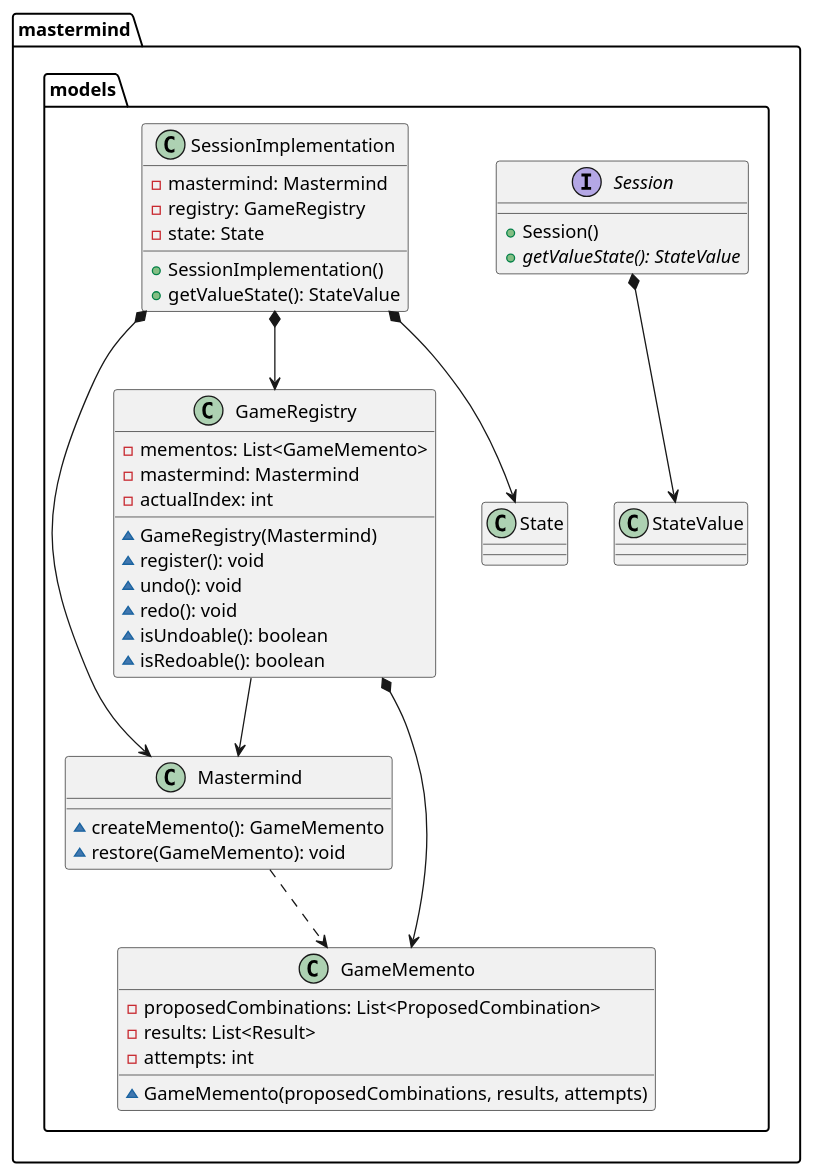
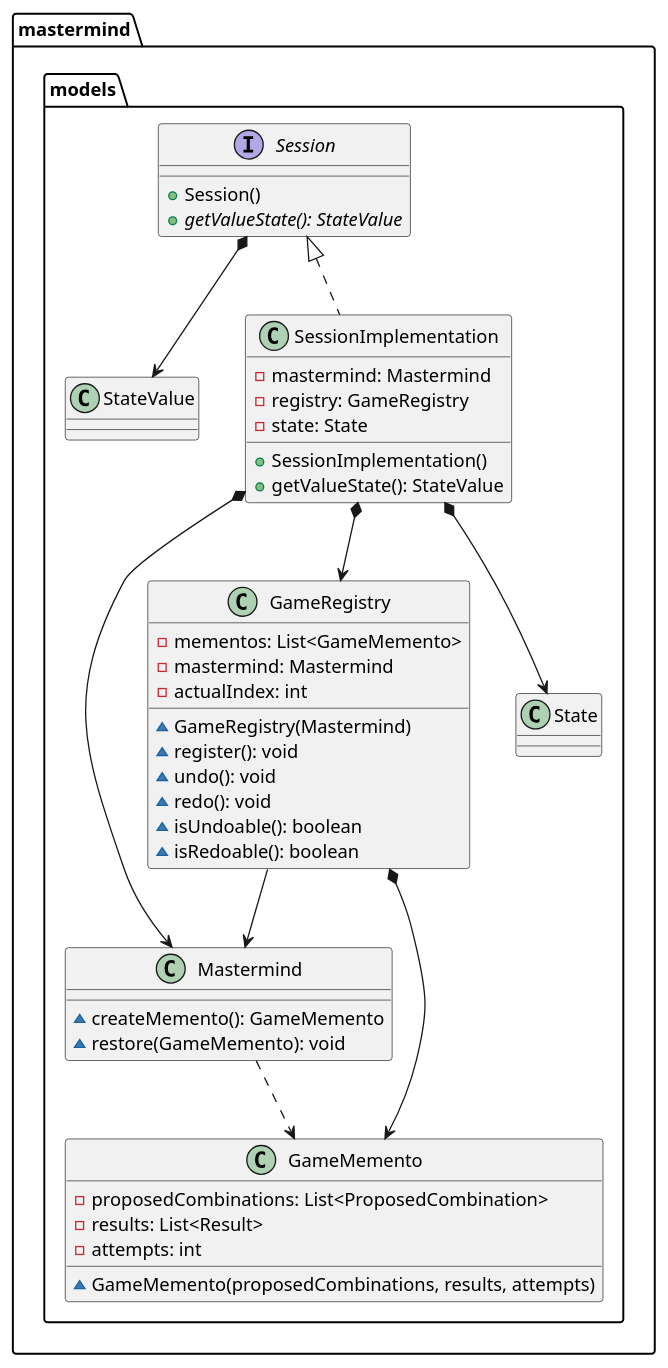
Before and after one commit to juanaviladev/dcs-mastermind: the diagram in docs/mastermind.models.puml, drawn with PlantUML.

Commit message:
Update diagrams

```diff
--- a/docs/mastermind.models.puml
+++ b/docs/mastermind.models.puml
@@ -1,49 +1,50 @@
 @startuml
 
 top to bottom direction
 
 interface mastermind.models.Session {
     + Session()
     + {abstract} getValueState(): StateValue
 }
 mastermind.models.Session *--> mastermind.models.StateValue
 
 class mastermind.models.SessionImplementation {
     - mastermind: Mastermind
     - registry: GameRegistry
     - state: State
     + SessionImplementation()
     + getValueState(): StateValue
 }
+mastermind.models.Session <|.. mastermind.models.SessionImplementation
 mastermind.models.SessionImplementation *--> mastermind.models.Mastermind
 mastermind.models.SessionImplementation *--> mastermind.models.GameRegistry
 mastermind.models.SessionImplementation *--> mastermind.models.State
 
 class mastermind.models.GameRegistry {
    - mementos: List<GameMemento>
    - mastermind: Mastermind
    - actualIndex: int
    ~ GameRegistry(Mastermind)
    ~ register(): void
    ~ undo(): void
    ~ redo(): void
    ~ isUndoable(): boolean
    ~ isRedoable(): boolean
 }
 mastermind.models.GameRegistry *--> mastermind.models.GameMemento
 mastermind.models.GameRegistry --> mastermind.models.Mastermind
 
 class mastermind.models.Mastermind {
    ~ createMemento(): GameMemento
    ~ restore(GameMemento): void
 }
 mastermind.models.Mastermind ..> mastermind.models.GameMemento
 
 class mastermind.models.GameMemento {
    - proposedCombinations: List<ProposedCombination>
    - results: List<Result>
    - attempts: int
    ~ GameMemento(proposedCombinations, results, attempts)
 }
 
 @enduml
```
